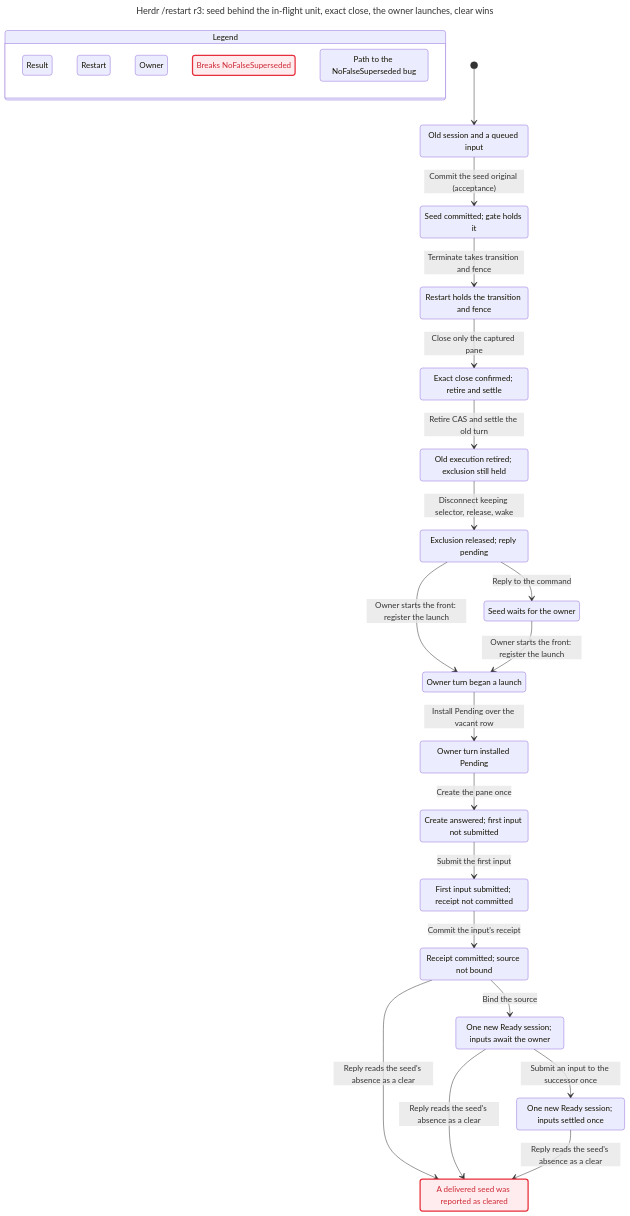
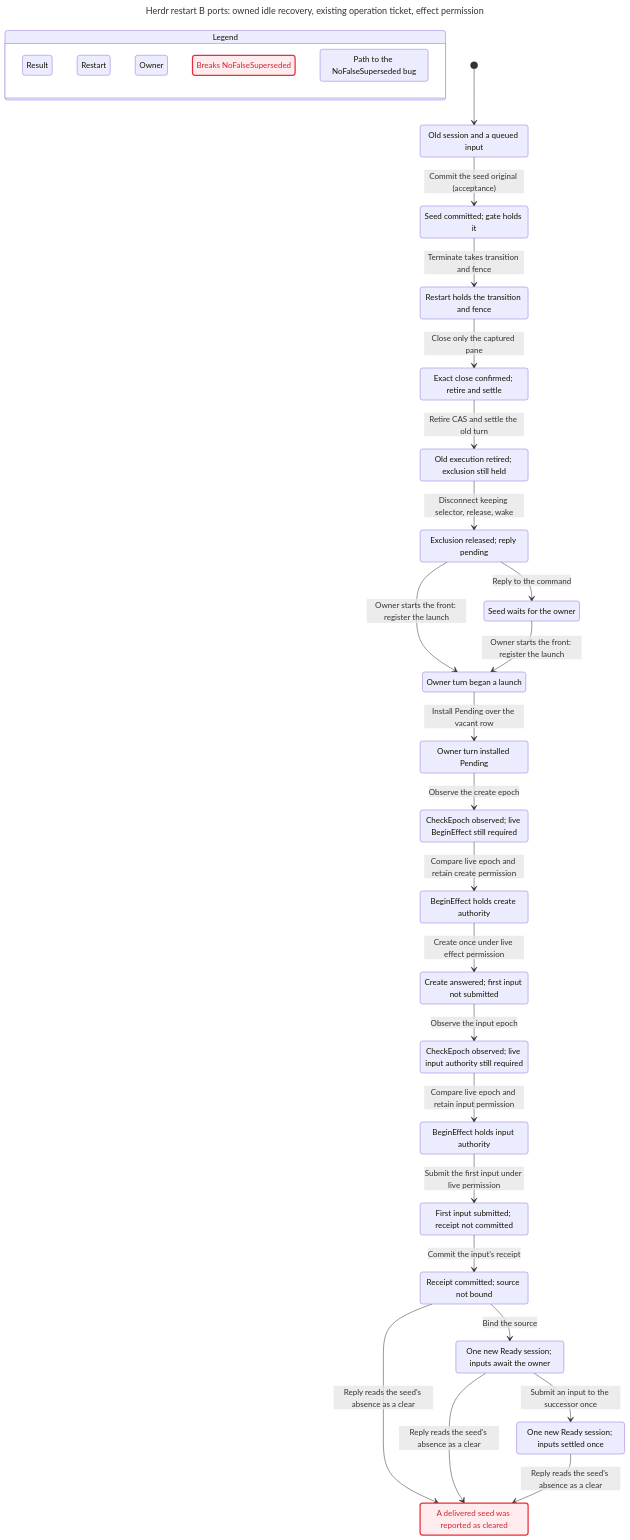
The diagram in docs/statecharts/session-lifecycle/herdr-restart-owner-SeedAbsentIsClear.chart.mmd (itismyfield/AgentDesk), drawn with Mermaid before and after one commit. The commit also changed 193 other files, not shown here.

First line of the commit message:
docs: split Herdr restart implementation at the size gate

```diff
--- a/docs/statecharts/session-lifecycle/herdr-restart-owner-SeedAbsentIsClear.chart.mmd
+++ b/docs/statecharts/session-lifecycle/herdr-restart-owner-SeedAbsentIsClear.chart.mmd
@@ -1,72 +1,84 @@
 ---
-title: "Herdr /restart r3: seed behind the in-flight unit, exact close, the owner launches, clear wins"
+title: "Herdr restart B ports: owned idle recovery, existing operation ticket, effect permission"
 ---
 stateDiagram-v2
   state "Legend" as legend {
     lg0: Result
     lg1: Restart
     lg2: Owner
     lg3: Breaks NoFalseSuperseded
     lg4: Path to the NoFalseSuperseded bug
   }
   class lg0 teal
   class lg1 blue
   class lg2 purple
   class lg3 breaks
   class lg4 bugPath
   s0: Old session and a queued input
   s1: Seed committed#59; gate holds it
   s2: Restart holds the transition and fence
   s3: Exact close confirmed#59; retire and settle
   s4: Old execution retired#59; exclusion still held
   s5: Exclusion released#59; reply pending
   s6: Owner turn began a launch
   s7: Seed waits for the owner
   s8: Owner turn installed Pending
-  s9: Create answered#59; first input not submitted
-  s10: First input submitted#59; receipt not committed
-  s11: Receipt committed#59; source not bound
-  s12: One new Ready session#59; inputs await the owner
-  s13: A delivered seed was reported as cleared
-  s14: One new Ready session#59; inputs settled once
+  s9: CheckEpoch observed#59; live BeginEffect still required
+  s10: BeginEffect holds create authority
+  s11: Create answered#59; first input not submitted
+  s12: CheckEpoch observed#59; live input authority still required
+  s13: BeginEffect holds input authority
+  s14: First input submitted#59; receipt not committed
+  s15: Receipt committed#59; source not bound
+  s16: One new Ready session#59; inputs await the owner
+  s17: A delivered seed was reported as cleared
+  s18: One new Ready session#59; inputs settled once
   [*] --> s0
   s0 --> s1: Commit the seed original (acceptance)
   s1 --> s2: Terminate takes transition and fence
   s2 --> s3: Close only the captured pane
   s3 --> s4: Retire CAS and settle the old turn
   s4 --> s5: Disconnect keeping selector, release, wake
   s5 --> s6: Owner starts the front: register the launch
   s5 --> s7: Reply to the command
   s6 --> s8: Install Pending over the vacant row
   s7 --> s6: Owner starts the front: register the launch
-  s8 --> s9: Create the pane once
-  s9 --> s10: Submit the first input
-  s10 --> s11: Commit the input's receipt
-  s11 --> s12: Bind the source
-  s11 --> s13: Reply reads the seed's absence as a clear
-  s12 --> s14: Submit an input to the successor once
-  s12 --> s13: Reply reads the seed's absence as a clear
-  s14 --> s13: Reply reads the seed's absence as a clear
+  s8 --> s9: Observe the create epoch
+  s9 --> s10: Compare live epoch and retain create permission
+  s10 --> s11: Create once under live effect permission
+  s11 --> s12: Observe the input epoch
+  s12 --> s13: Compare live epoch and retain input permission
+  s13 --> s14: Submit the first input under live permission
+  s14 --> s15: Commit the input's receipt
+  s15 --> s16: Bind the source
+  s15 --> s17: Reply reads the seed's absence as a clear
+  s16 --> s18: Submit an input to the successor once
+  s16 --> s17: Reply reads the seed's absence as a clear
+  s18 --> s17: Reply reads the seed's absence as a clear
   classDef breaks fill:#ffecee,stroke:#e72e3b,stroke-width:2.5px,color:#cd2834
   class s0 blue
   class s0 bugPath
   class s1 blue
   class s1 bugPath
   class s2 blue
   class s2 bugPath
   class s3 blue
   class s3 bugPath
   class s4 blue
   class s4 bugPath
   class s5 blue
   class s5 bugPath
   class s6 bugPath
   class s7 purple
   class s8 bugPath
   class s9 bugPath
   class s10 bugPath
   class s11 bugPath
-  class s12 teal
-  class s13 breaks
+  class s12 bugPath
   class s13 bugPath
-  class s14 teal
+  class s14 bugPath
+  class s15 bugPath
+  class s16 teal
+  class s17 breaks
+  class s17 bugPath
+  class s18 teal
```
